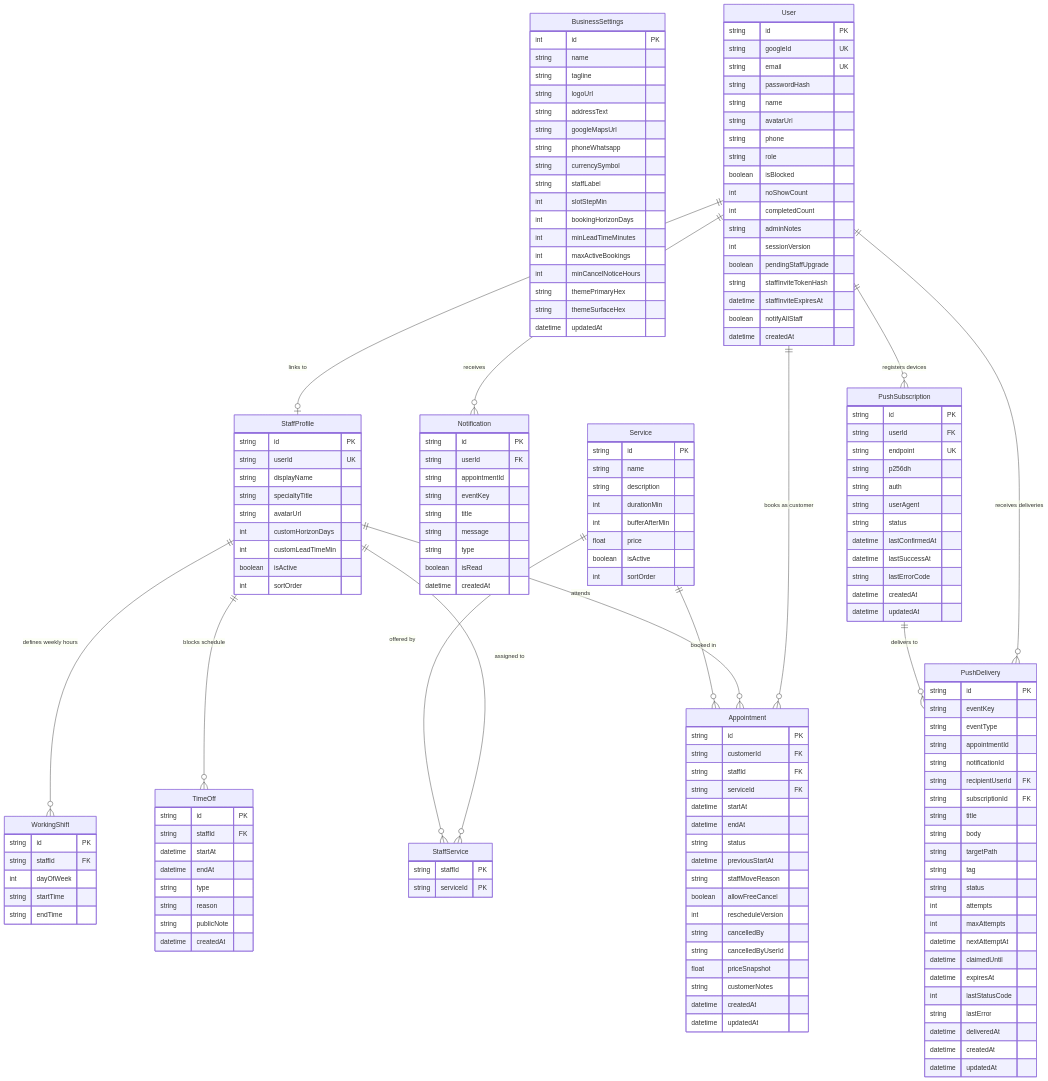
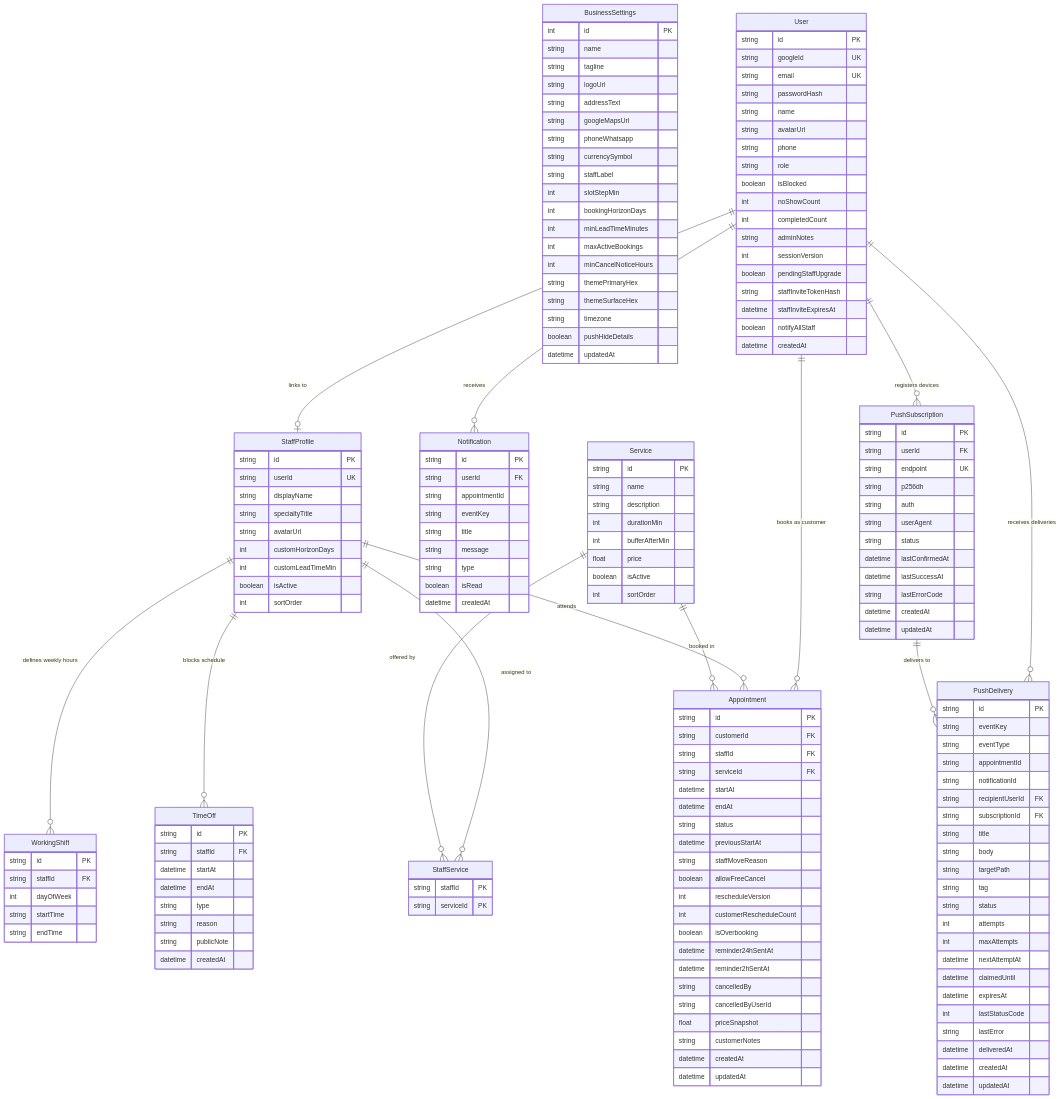
One commit to cristianarando/reservation-microsystem changed the diagram in docs/DATABASE.md. Above: the diagram before and after it, drawn with Mermaid. The commit also changed other lines of this file and 18 other files, not shown here.

```diff
--- a/docs/DATABASE.md
+++ b/docs/DATABASE.md
@@ -25,6 +25,8 @@
         int minCancelNoticeHours
         string themePrimaryHex
         string themeSurfaceHex
+        string timezone
+        boolean pushHideDetails
         datetime updatedAt
     }
 
@@ -124,6 +126,10 @@
         string staffMoveReason
         boolean allowFreeCancel
         int rescheduleVersion
+        int customerRescheduleCount
+        boolean isOverbooking
+        datetime reminder24hSentAt
+        datetime reminder2hSentAt
         string cancelledBy
         string cancelledByUserId
         float priceSnapshot
```
